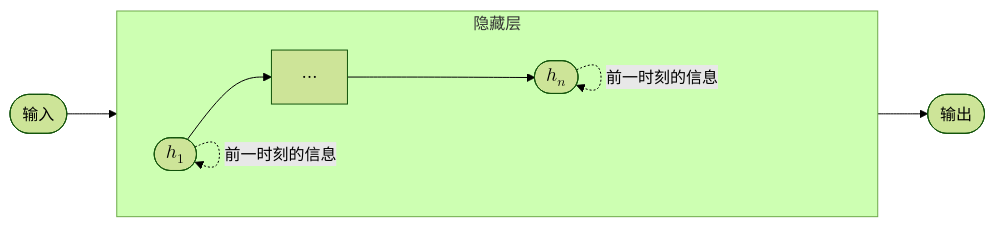
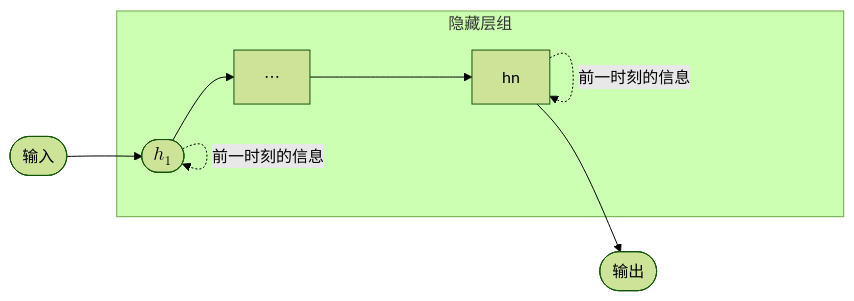
Before and after one commit to yangzhenzhuozz/ML: the fifth of 6 diagrams in docs/02-MachineLearning/09-RNN.md, drawn with Mermaid (forest theme). The commit also changed other lines of this file and 5 other files, not shown here.

````diff
--- a/docs/02-MachineLearning/09-RNN.md
+++ b/docs/02-MachineLearning/09-RNN.md
@@ -119,16 +109,14 @@
 ```mermaid
+---
+config:
+  layout:elk
+---
 flowchart LR
-    input(["输入"]) --> h1(["$$h_1$$"])
-
-    subgraph hidden["隐藏层"]
-        direction LR
-        h1
-        dots["⋯"]
-        hn(["$$h_n$$"])
-        h1 --> dots --> hn
+    subgraph hidden["隐藏层组"]
+        h1(["$$h_1$$"]) --> dots["⋯"] --> hn
+        h1 -. "前一时刻的信息" .-> h1
+        hn -. "前一时刻的信息" .-> hn
     end
-
+    input(["输入"]) --> h1
     hn --> output(["输出"])
-    h1 -. "前一时刻的信息" .-> h1
-    hn -. "前一时刻的信息" .-> hn
 ```
````
